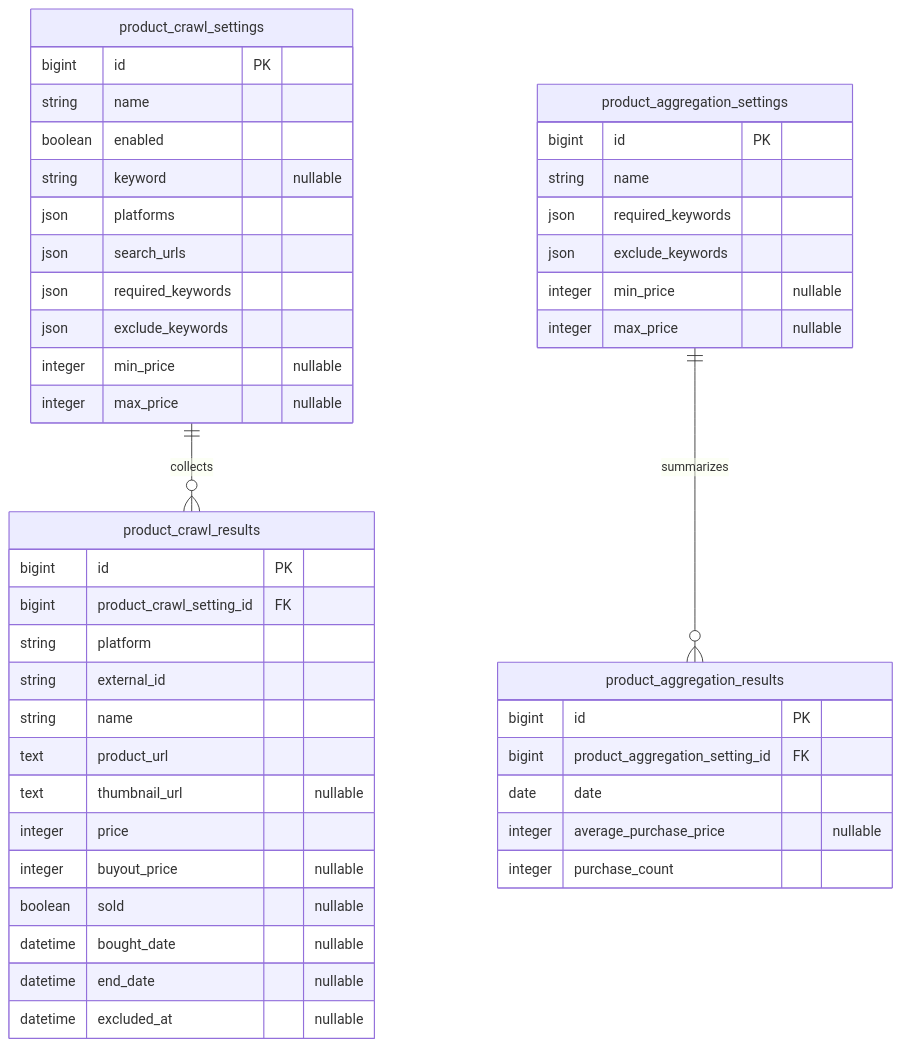
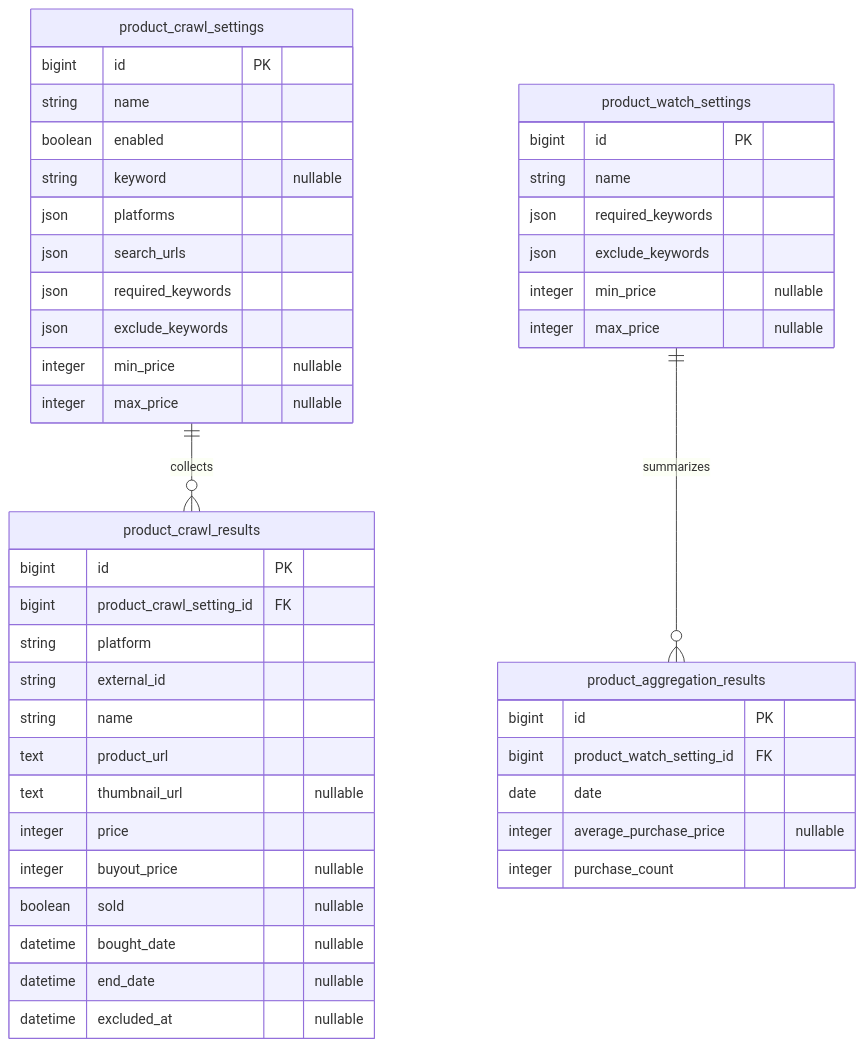
The diagram in docs/specs/product-monitoring/index.md (kuroweb/price-monitoring), drawn with Mermaid before and after one commit. The commit also changed other lines of this file and 48 other files, not shown here.

````diff
--- a/docs/specs/product-monitoring/index.md
+++ b/docs/specs/product-monitoring/index.md
@@ -27,47 +27,47 @@
 ```mermaid
 erDiagram
   product_crawl_settings ||--o{ product_crawl_results : collects
-  product_aggregation_settings ||--o{ product_aggregation_results : summarizes
+  product_watch_settings ||--o{ product_aggregation_results : summarizes
   product_crawl_settings {
     bigint id PK
     string name
     boolean enabled
     string keyword "nullable"
     json platforms
     json search_urls
     json required_keywords
     json exclude_keywords
     integer min_price "nullable"
     integer max_price "nullable"
   }
   product_crawl_results {
     bigint id PK
     bigint product_crawl_setting_id FK
     string platform
     string external_id
     string name
     text product_url
     text thumbnail_url "nullable"
     integer price
     integer buyout_price "nullable"
     boolean sold "nullable"
     datetime bought_date "nullable"
     datetime end_date "nullable"
     datetime excluded_at "nullable"
   }
-  product_aggregation_settings {
+  product_watch_settings {
     bigint id PK
     string name
     json required_keywords
     json exclude_keywords
     integer min_price "nullable"
     integer max_price "nullable"
   }
   product_aggregation_results {
     bigint id PK
-    bigint product_aggregation_setting_id FK
+    bigint product_watch_setting_id FK
     date date
     integer average_purchase_price "nullable"
     integer purchase_count
   }
 ```
````
